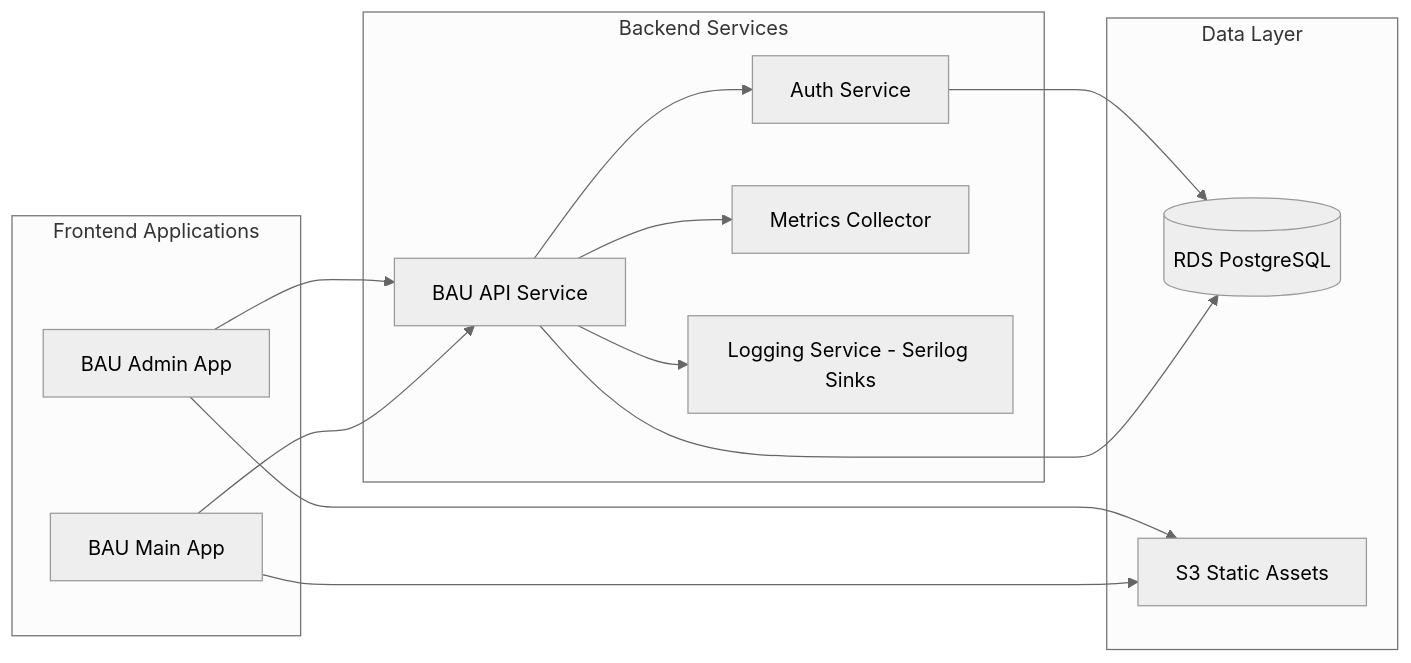
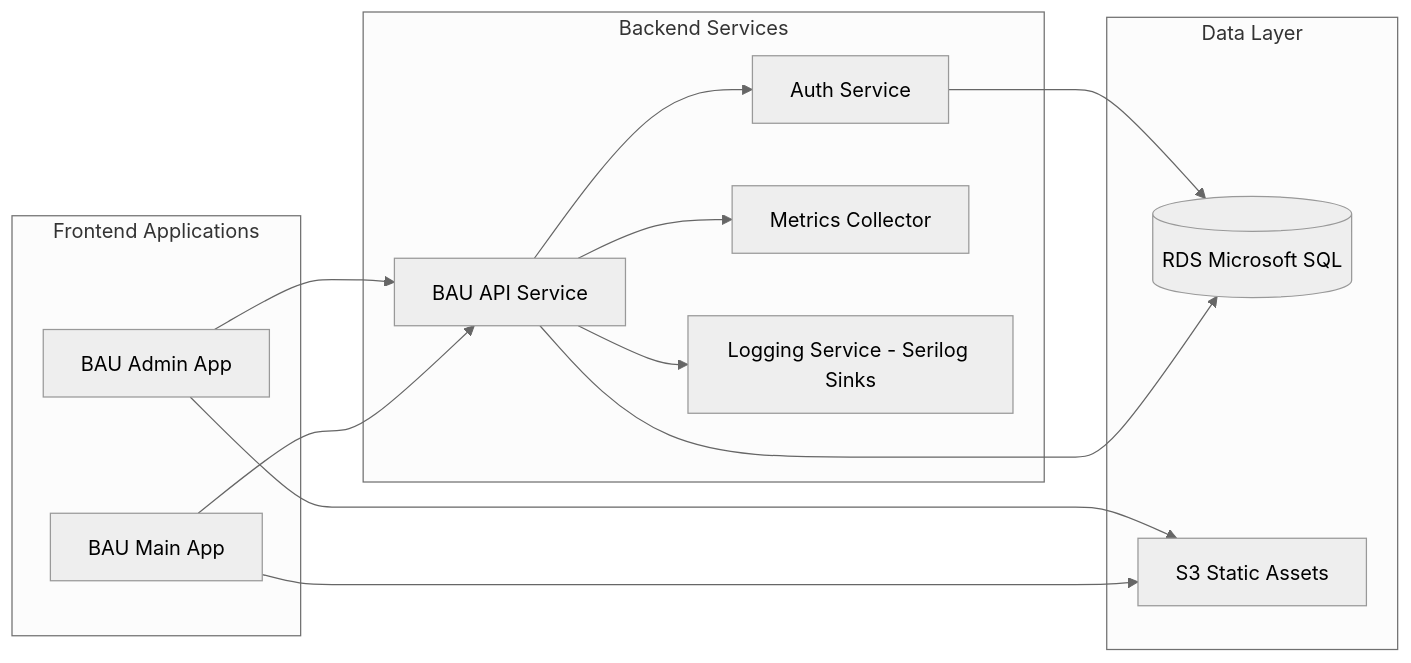
One commit to cruckman900/BusinessAsUsual changed the fifth of 23 diagrams in docs/MICROSERVICEARCHITECTUREOVERVIEW.md. Above: the diagram before and after it, drawn with Mermaid (neutral theme). The commit also changed other lines of this file, not shown here.

Commit message:
updated doc to show MVC/Blazor and Microsoft SQL

````diff
--- a/docs/MICROSERVICEARCHITECTUREOVERVIEW.md
+++ b/docs/MICROSERVICEARCHITECTUREOVERVIEW.md
@@ -1596,33 +1596,33 @@
 ```mermaid
 flowchart LR
 
     subgraph Frontend["Frontend Applications"]
         A[BAU Admin App]
         B[BAU Main App]
     end
 
     subgraph Backend["Backend Services"]
         C[BAU API Service]
         D[Auth Service]
         E[Metrics Collector]
         F[Logging Service - Serilog Sinks]
     end
 
     subgraph Data["Data Layer"]
-        G[(RDS PostgreSQL)]
+        G[(RDS Microsoft SQL)]
         H[S3 Static Assets]
     end
 
     A --> C
     B --> C
 
     C --> D
     C --> F
     C --> E
 
     D --> G
     C --> G
 
     A --> H
     B --> H
 ```
````
